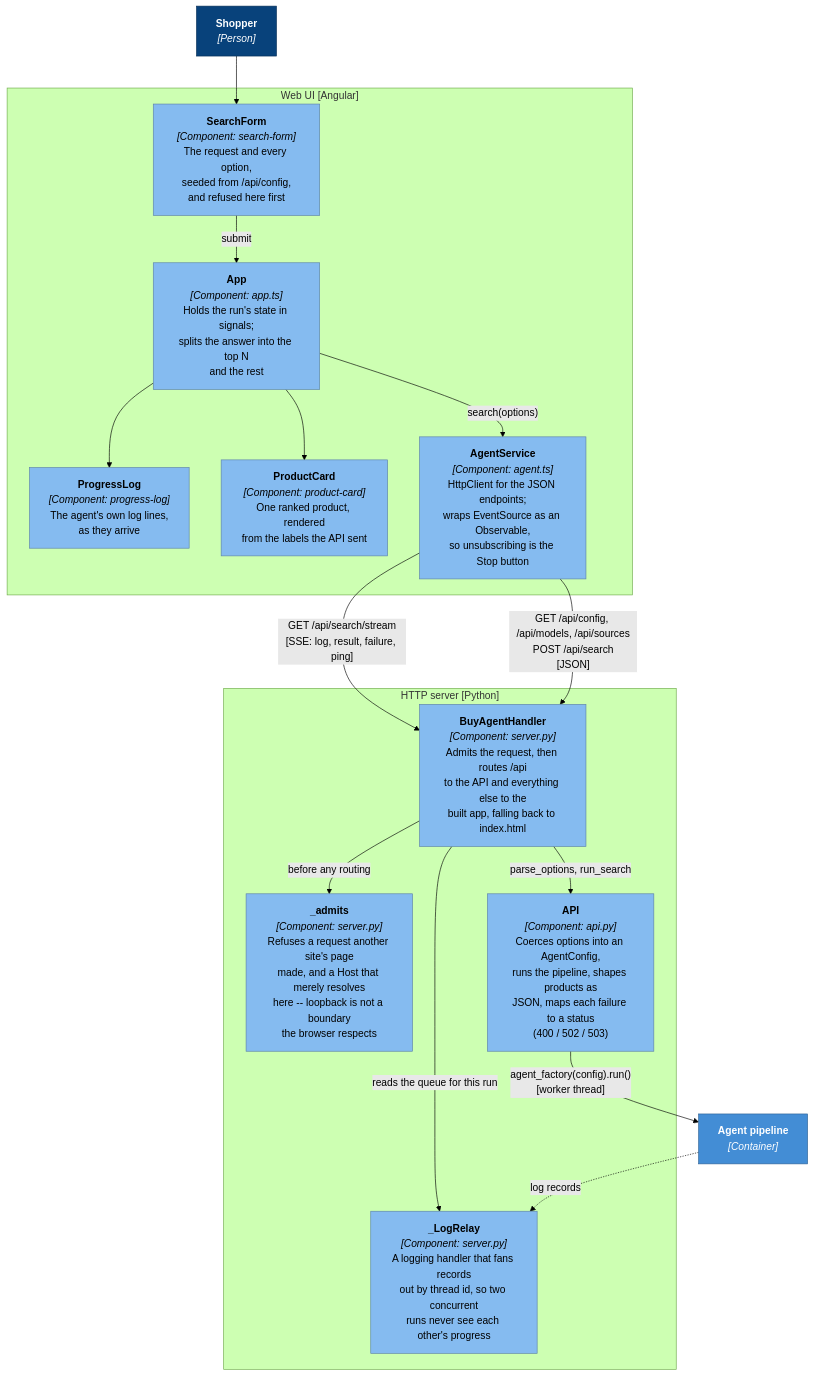
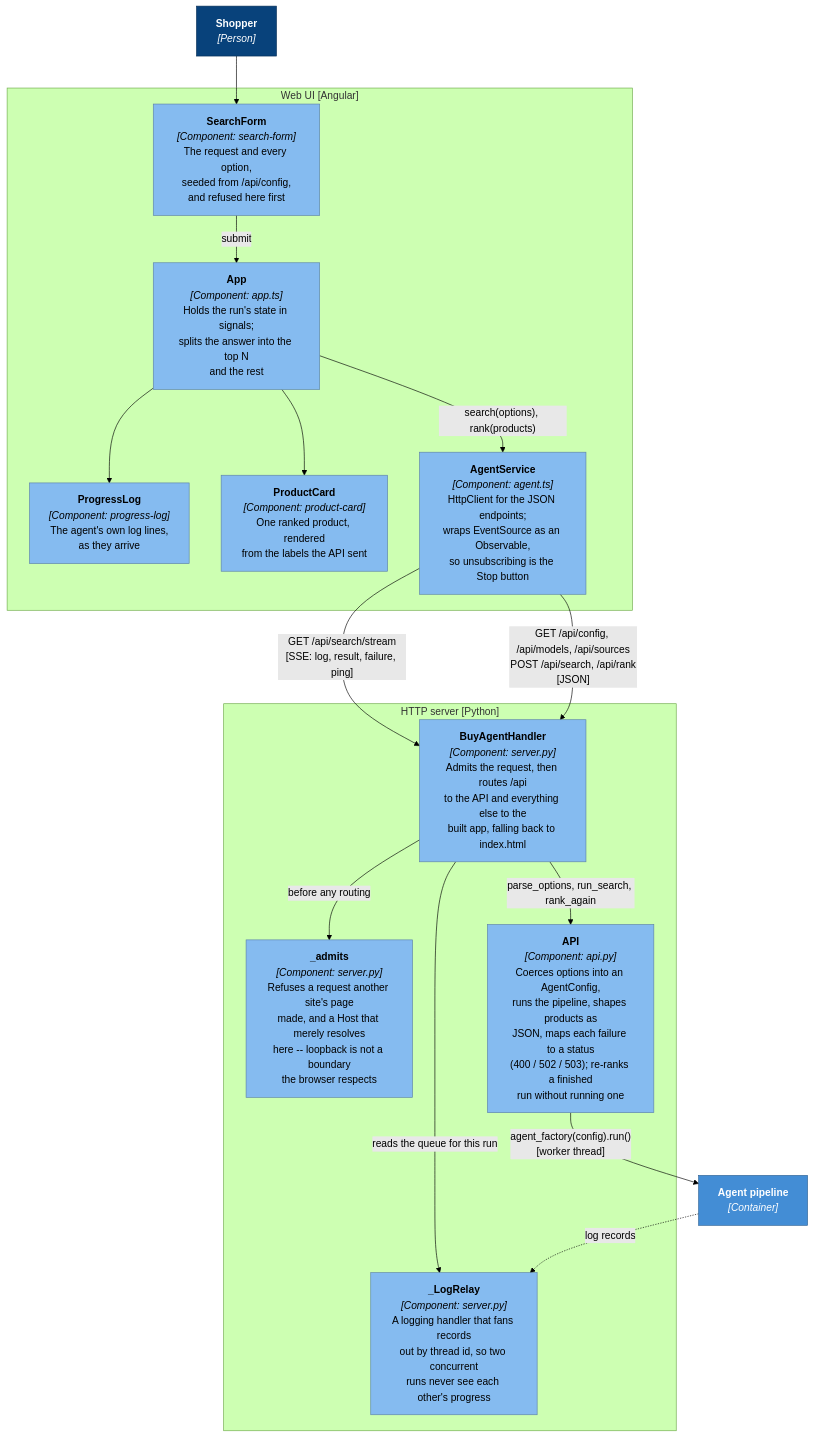
The fourth of 5 diagrams in docs/architecture.md (adamw7/buy_agent), drawn with Mermaid (forest theme) before and after one commit. The commit also changed other lines of this file and 22 other files, not shown here.

````diff
--- a/docs/architecture.md
+++ b/docs/architecture.md
@@ -222,42 +222,42 @@
 ```mermaid
 graph TB
     browserUser["<b>Shopper</b><br/><i>[Person]</i>"]
 
     subgraph spa["Web UI [Angular]"]
         app["<b>App</b><br/><i>[Component: app.ts]</i><br/>Holds the run's state in signals;<br/>splits the answer into the top N<br/>and the rest"]
         form["<b>SearchForm</b><br/><i>[Component: search-form]</i><br/>The request and every option,<br/>seeded from /api/config,<br/>and refused here first"]
         log["<b>ProgressLog</b><br/><i>[Component: progress-log]</i><br/>The agent's own log lines,<br/>as they arrive"]
         card["<b>ProductCard</b><br/><i>[Component: product-card]</i><br/>One ranked product, rendered<br/>from the labels the API sent"]
         agentsvc["<b>AgentService</b><br/><i>[Component: agent.ts]</i><br/>HttpClient for the JSON endpoints;<br/>wraps EventSource as an Observable,<br/>so unsubscribing is the Stop button"]
     end
 
     subgraph srv["HTTP server [Python]"]
         handler["<b>BuyAgentHandler</b><br/><i>[Component: server.py]</i><br/>Admits the request, then routes /api<br/>to the API and everything else to the<br/>built app, falling back to index.html"]
         guard["<b>_admits</b><br/><i>[Component: server.py]</i><br/>Refuses a request another site's page<br/>made, and a Host that merely resolves<br/>here -- loopback is not a boundary<br/>the browser respects"]
         relay["<b>_LogRelay</b><br/><i>[Component: server.py]</i><br/>A logging handler that fans records<br/>out by thread id, so two concurrent<br/>runs never see each other's progress"]
-        api["<b>API</b><br/><i>[Component: api.py]</i><br/>Coerces options into an AgentConfig,<br/>runs the pipeline, shapes products as<br/>JSON, maps each failure to a status<br/>(400 / 502 / 503)"]
+        api["<b>API</b><br/><i>[Component: api.py]</i><br/>Coerces options into an AgentConfig,<br/>runs the pipeline, shapes products as<br/>JSON, maps each failure to a status<br/>(400 / 502 / 503); re-ranks a finished<br/>run without running one"]
     end
 
     agentpipeline["<b>Agent pipeline</b><br/><i>[Container]</i>"]
 
     browserUser --> form
     form -->|"submit"| app
     app --> log
     app --> card
-    app -->|"search(options)"| agentsvc
+    app -->|"search(options), rank(products)"| agentsvc
     agentsvc -->|"GET /api/search/stream<br/>[SSE: log, result, failure, ping]"| handler
-    agentsvc -->|"GET /api/config, /api/models, /api/sources<br/>POST /api/search<br/>[JSON]"| handler
+    agentsvc -->|"GET /api/config, /api/models, /api/sources<br/>POST /api/search, /api/rank<br/>[JSON]"| handler
 
     handler -->|"before any routing"| guard
-    handler -->|"parse_options, run_search"| api
+    handler -->|"parse_options, run_search, rank_again"| api
     handler -->|"reads the queue for this run"| relay
     api -->|"agent_factory(config).run()<br/>[worker thread]"| agentpipeline
     agentpipeline -.->|"log records"| relay
 
     classDef person fill:#08427b,stroke:#052e56,color:#fff
     classDef container fill:#438dd5,stroke:#2e6295,color:#fff
     classDef component fill:#85bbf0,stroke:#5d82a8,color:#000
     class browserUser person
     class agentpipeline container
     class app,form,log,card,agentsvc,handler,guard,relay,api component
 ```
````
